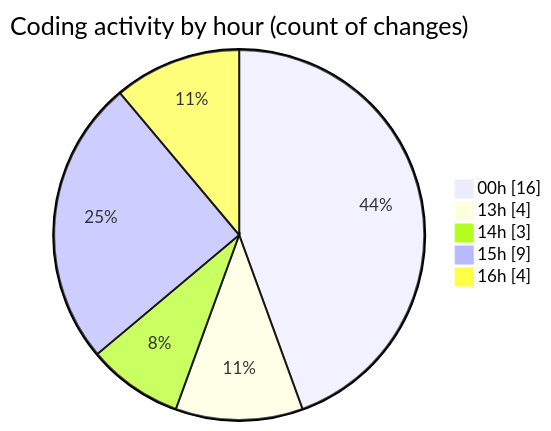
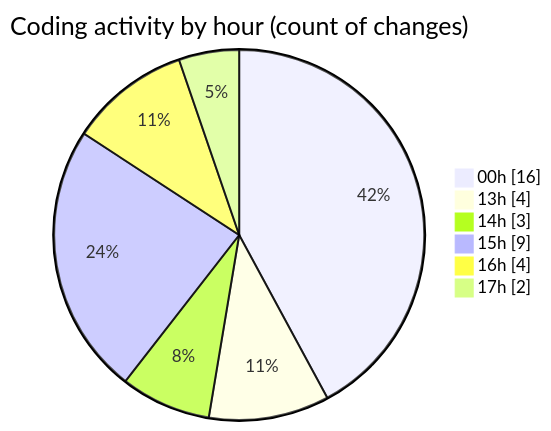
Before and after one commit to EIIisD/code-tracking: the second of 2 diagrams in 2025-07-27/vtuber/README.md, drawn with Mermaid. The commit also changed other lines of this file and 1 other file, not shown here.

````diff
--- a/2025-07-27/vtuber/README.md
+++ b/2025-07-27/vtuber/README.md
@@ -39,9 +41,10 @@
 ```mermaid
 pie showData
 title Coding activity by hour (count of changes)
 "00h" : 16
 "13h" : 4
 "14h" : 3
 "15h" : 9
 "16h" : 4
+"17h" : 2
 ```
````
